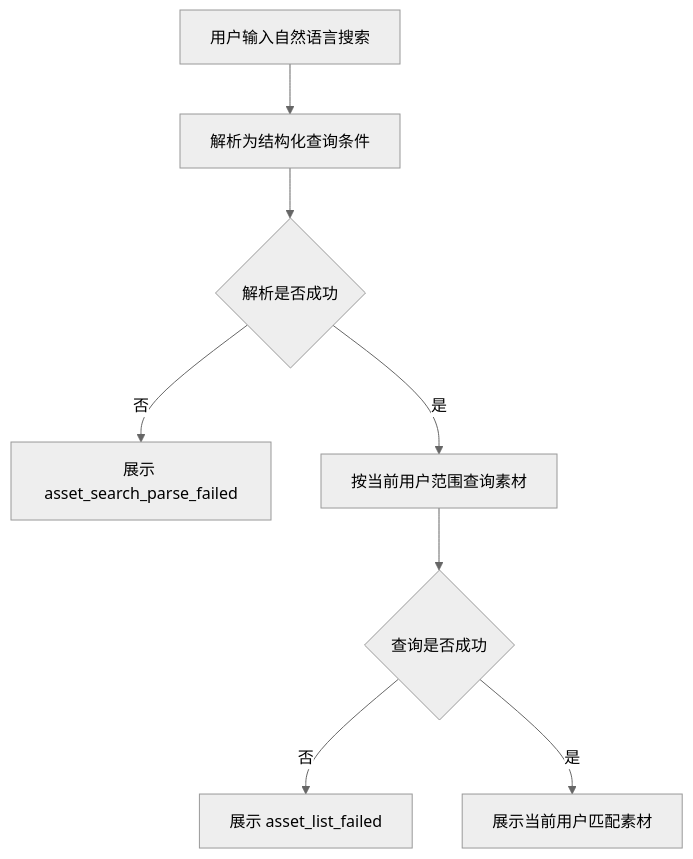
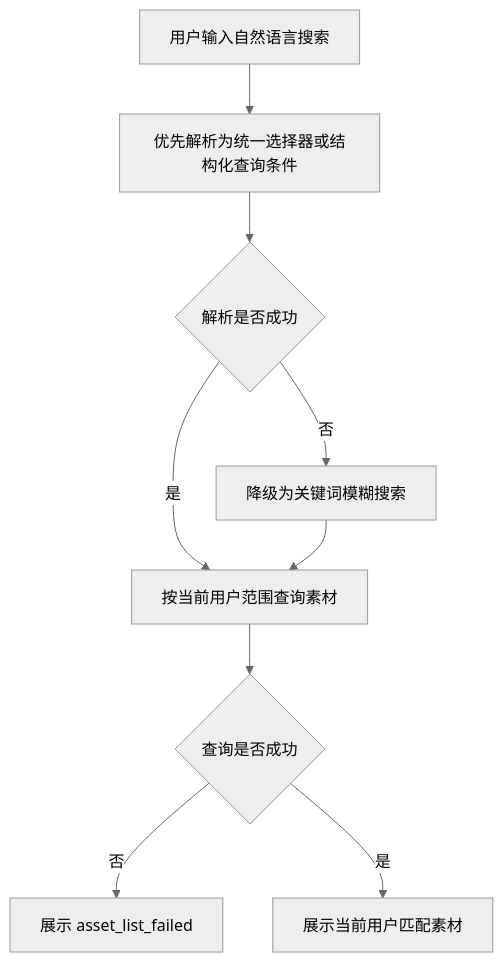
The fourth of 7 diagrams in 00_product/domains/asset-library/product-spec.md (wangweihong/omnimam-spec), drawn with Mermaid (neutral theme) before and after one commit. The commit also changed other lines of this file, not shown here.

````diff
--- a/00_product/domains/asset-library/product-spec.md
+++ b/00_product/domains/asset-library/product-spec.md
@@ -333,10 +456,11 @@
 ```mermaid
 flowchart TD
-  A["用户输入自然语言搜索"] --> B["解析为结构化查询条件"]
+  A["用户输入自然语言搜索"] --> B["优先解析为统一选择器或结构化查询条件"]
   B --> C{"解析是否成功"}
-  C -->|否| D["展示 asset_search_parse_failed"]
+  C -->|否| D["降级为关键词模糊搜索"]
   C -->|是| E["按当前用户范围查询素材"]
+  D --> E
   E --> F{"查询是否成功"}
   F -->|否| G["展示 asset_list_failed"]
   F -->|是| H["展示当前用户匹配素材"]
 ```
````
